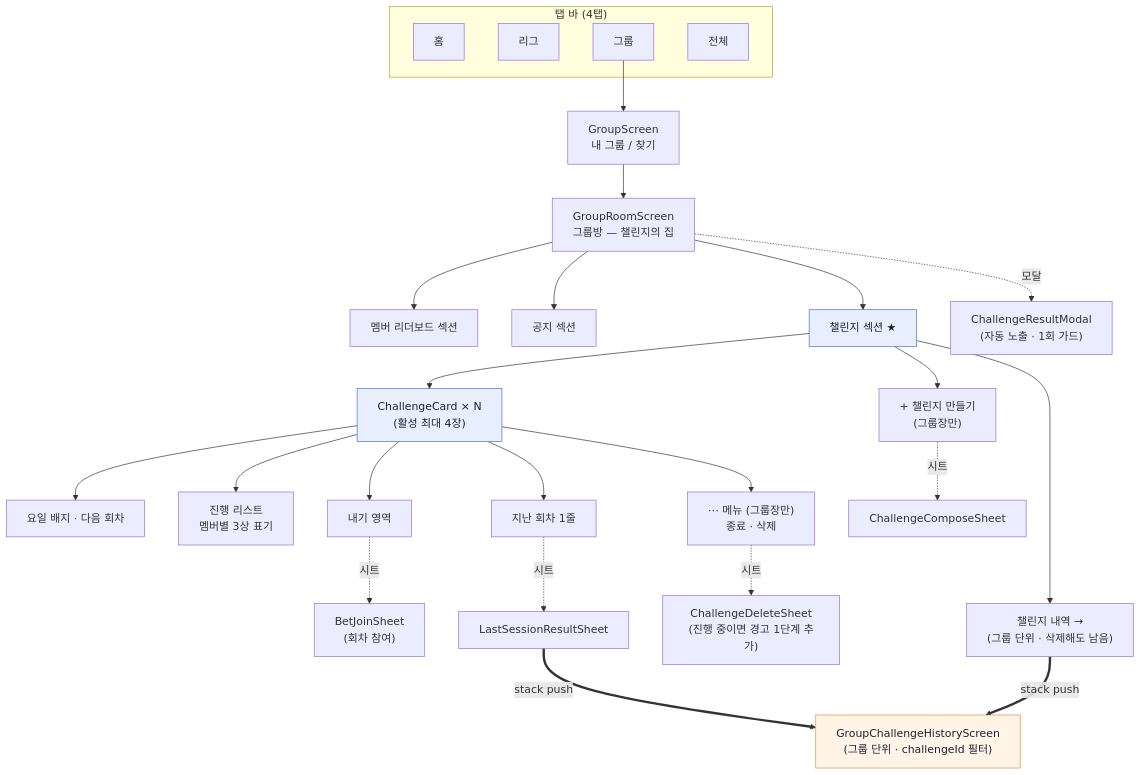
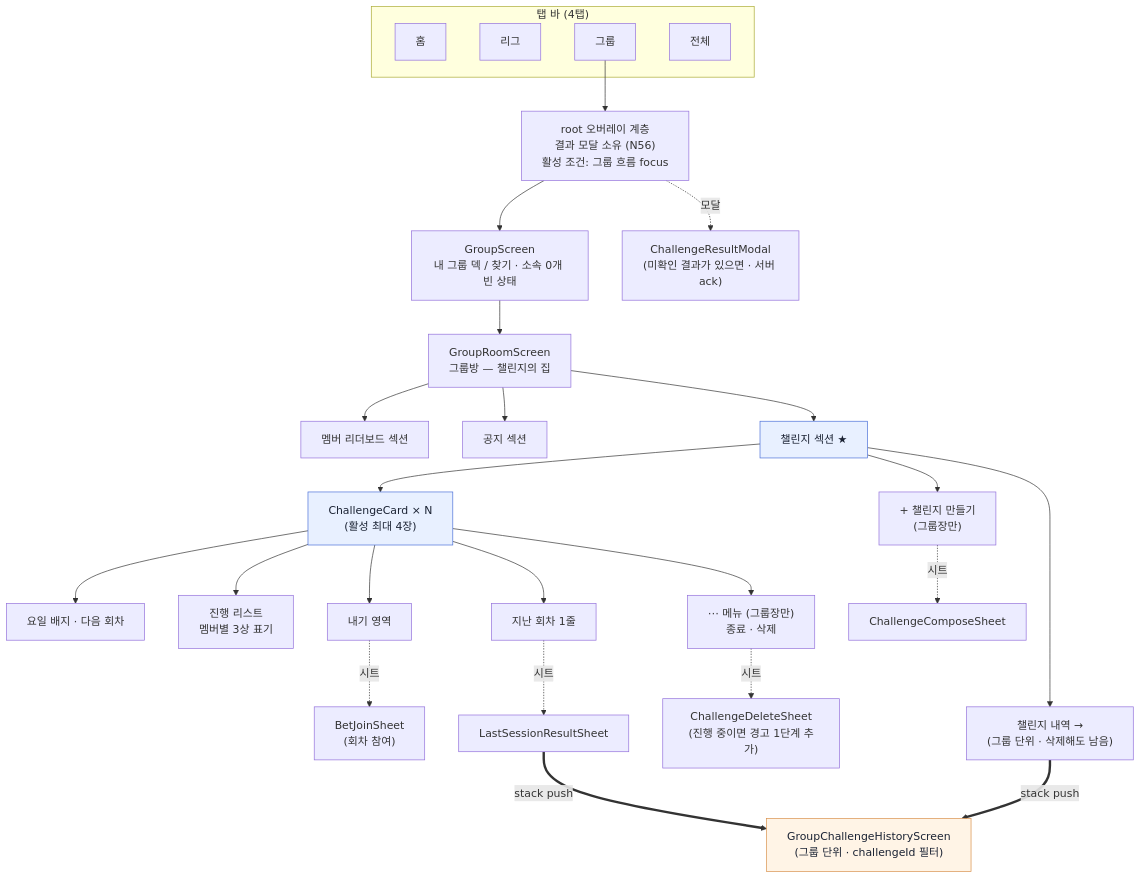
One commit to OneOrThree/phone changed the first of 11 diagrams in docs/prd/challenge/information-architecture.md. Above: the diagram before and after it, drawn with Mermaid. The commit also changed other lines of this file and 8 other files, not shown here.

````diff
--- a/docs/prd/challenge/information-architecture.md
+++ b/docs/prd/challenge/information-architecture.md
@@ -13,38 +13,39 @@
 ```mermaid
 flowchart TB
     subgraph tabs["탭 바 (4탭)"]
         H["홈"]
         L["리그"]
         G["그룹"]
         A["전체"]
     end
 
-    G --> GL["GroupScreen<br/>내 그룹 / 찾기"]
+    G --> SHELL["root 오버레이 계층<br/>결과 모달 소유 (N56)<br/>활성 조건: 그룹 흐름 focus"]
+    SHELL --> GL["GroupScreen<br/>내 그룹 덱 / 찾기 · 소속 0개 빈 상태"]
     GL --> GR["GroupRoomScreen<br/>그룹방 — 챌린지의 집"]
 
     GR --> S1["멤버 리더보드 섹션"]
     GR --> S2["공지 섹션"]
     GR --> S3["챌린지 섹션 ★"]
 
     S3 --> C1["ChallengeCard × N<br/>(활성 최대 4장)"]
     S3 --> B1["+ 챌린지 만들기<br/>(그룹장만)"]
     S3 --> B2["챌린지 내역 →<br/>(그룹 단위 · 삭제해도 남음)"]
 
     C1 --> M1["요일 배지 · 다음 회차"]
     C1 --> M2["진행 리스트<br/>멤버별 3상 표기"]
     C1 --> M3["내기 영역"]
     C1 --> M4["지난 회차 1줄"]
     C1 --> M5["⋯ 메뉴 (그룹장만)<br/>종료 · 삭제"]
 
     B1 -.시트.-> SH1["ChallengeComposeSheet"]
     M3 -.시트.-> SH2["BetJoinSheet<br/>(회차 참여)"]
     M4 -.시트.-> SH3["LastSessionResultSheet"]
     M5 -.시트.-> SH5["ChallengeDeleteSheet<br/>(진행 중이면 경고 1단계 추가)"]
-    GR -.모달.-> SH4["ChallengeResultModal<br/>(자동 노출 · 1회 가드)"]
+    SHELL -.모달.-> SH4["ChallengeResultModal<br/>(미확인 결과가 있으면 · 서버 ack)"]
     SH3 ==stack push==> SH7
     B2 ==stack push==> SH7["GroupChallengeHistoryScreen<br/>(그룹 단위 · challengeId 필터)"]
 
     style S3 fill:#e8f0ff,stroke:#4a6fd8,color:#1a2233
     style C1 fill:#e8f0ff,stroke:#4a6fd8,color:#1a2233
     style SH7 fill:#fff4e6,stroke:#d8904a,color:#1a2233
 ```
````
